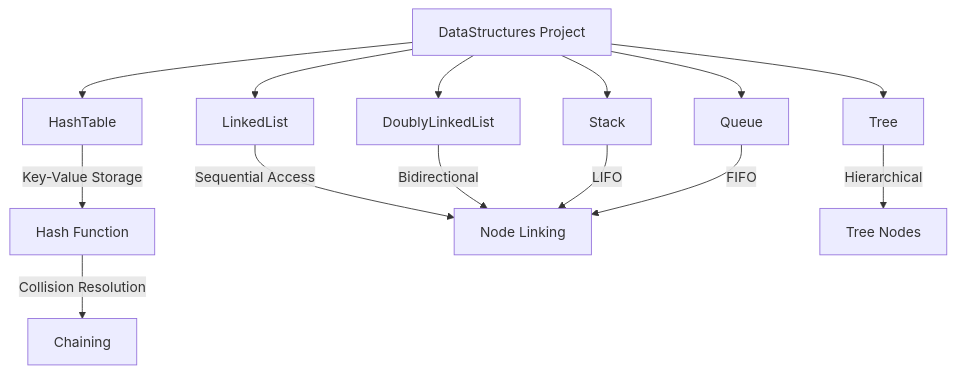
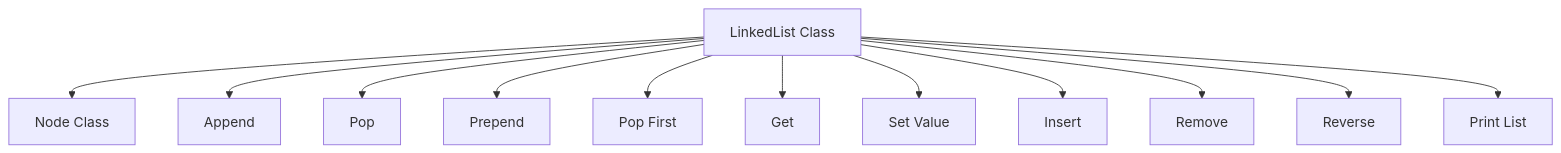
Before and after one commit to ramshukla88/DataStructures: the diagram in README.md, drawn with Mermaid. The commit also changed other lines of this file, not shown here.

````diff
--- a/README.md
+++ b/README.md
@@ -78,18 +100,14 @@
 ```mermaid
 graph TD
-    A[DataStructures Project]
-    A --> B[HashTable]
-    A --> C[LinkedList]
-    A --> D[DoublyLinkedList]
-    A --> E[Stack]
-    A --> F[Queue]
-    A --> G[Tree]
-    
-    B -->|Key-Value Storage| H[Hash Function]
-    H -->|Collision Resolution| I[Chaining]
-    C -->|Sequential Access| J[Node Linking]
-    D -->|Bidirectional| J
-    E -->|LIFO| J
-    F -->|FIFO| J
-    G -->|Hierarchical| K[Tree Nodes]
+    A[LinkedList Class] --> B[Node Class]
+    A --> C[Append]
+    A --> D[Pop]
+    A --> E[Prepend]
+    A --> F[Pop First]
+    A --> G[Get]
+    A --> H[Set Value]
+    A --> I[Insert]
+    A --> J[Remove]
+    A --> K[Reverse]
+    A --> L[Print List]
 ```
````
